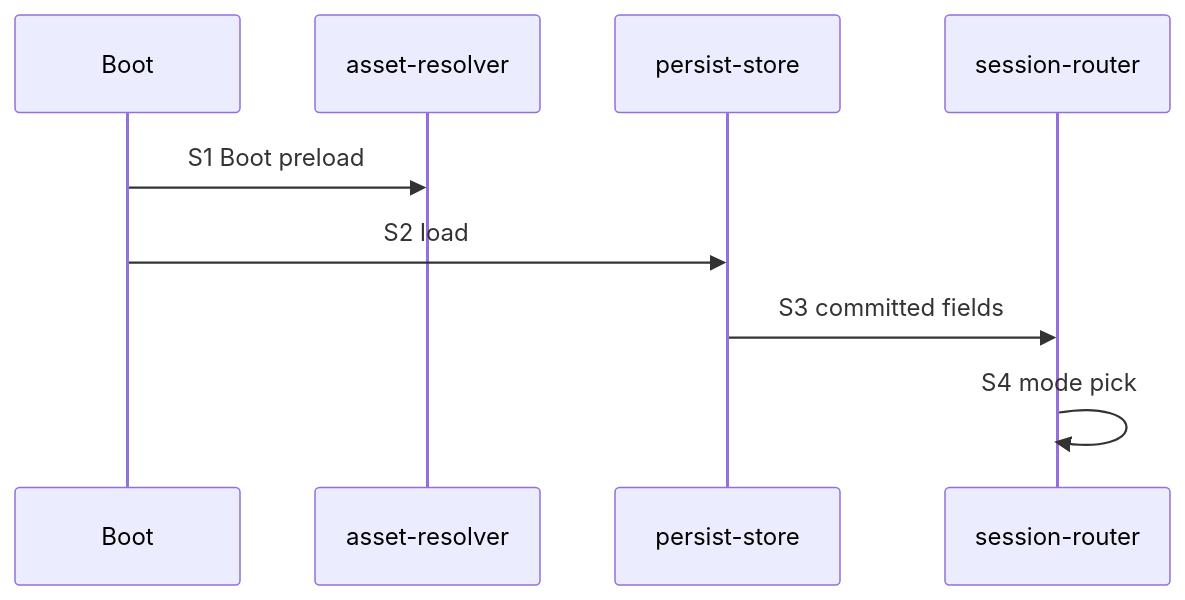
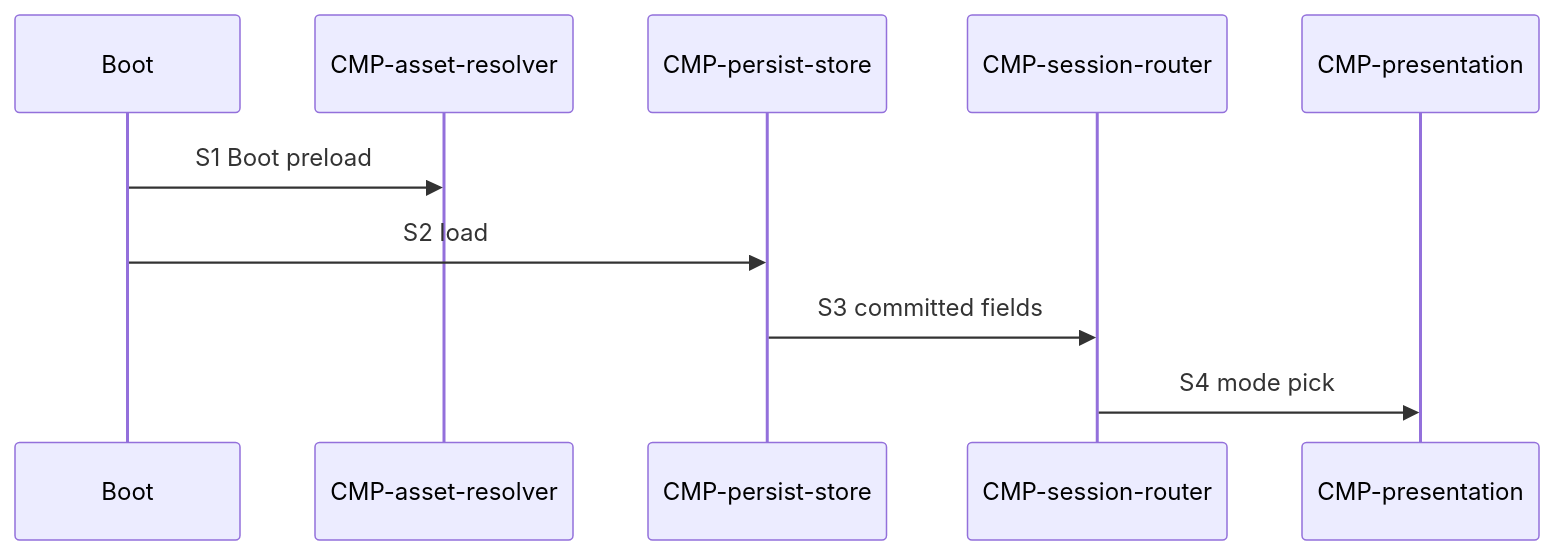
Before and after one commit to waigore/simplechessv2: the diagram in specs/technical/sequences/cold-open.md, drawn with Mermaid. The commit also changed other lines of this file and 120 other files, not shown here.

````diff
--- a/specs/technical/sequences/cold-open.md
+++ b/specs/technical/sequences/cold-open.md
@@ -35,11 +35,12 @@
 ```mermaid
 sequenceDiagram
   participant Boot
-  participant AR as asset-resolver
-  participant PS as persist-store
-  participant SR as session-router
+  participant AR as CMP-asset-resolver
+  participant PS as CMP-persist-store
+  participant SR as CMP-session-router
+  participant V as CMP-presentation
   Boot->>AR: S1 Boot preload
   Boot->>PS: S2 load
   PS->>SR: S3 committed fields
-  SR->>SR: S4 mode pick
+  SR->>V: S4 mode pick
 ```
````
